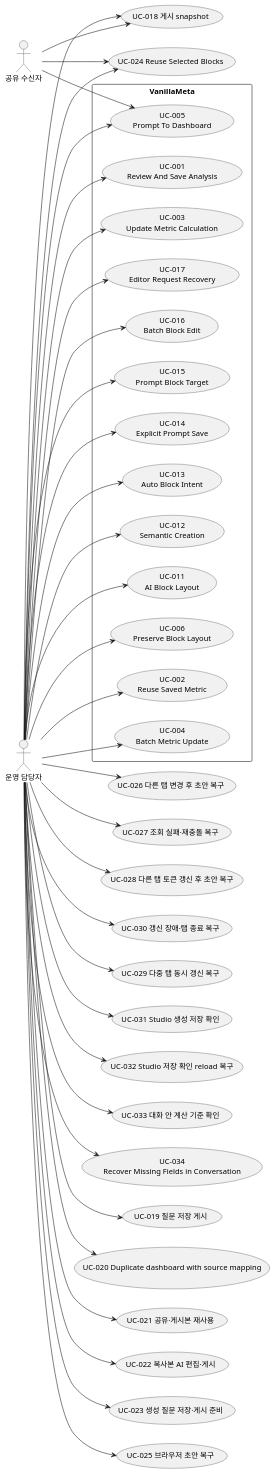
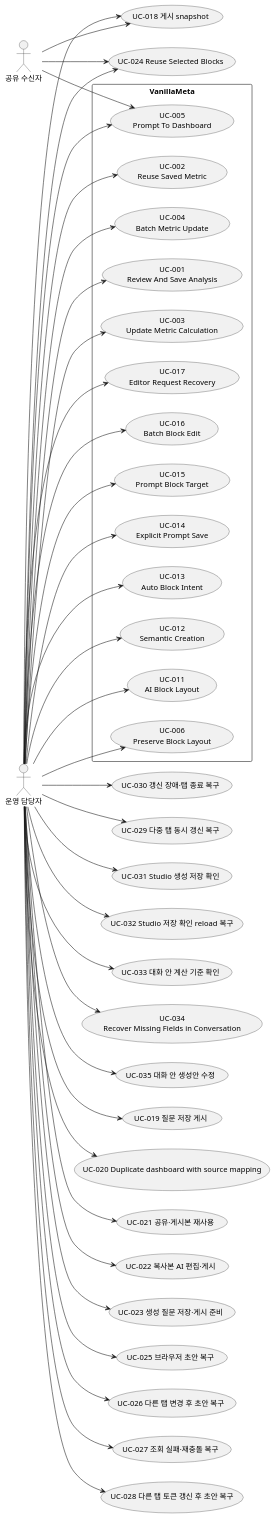
The diagram in docs/use_cases.puml (vanillabrain/vanillameta), drawn with PlantUML before and after one commit. The commit also changed 16 other files, not shown here.

```diff
--- a/docs/use_cases.puml
+++ b/docs/use_cases.puml
@@ -1,70 +1,72 @@
 @startuml
 left to right direction
 actor "운영 담당자" as operator
 rectangle "VanillaMeta" {
  usecase "UC-017\nEditor Request Recovery" as UC017
  usecase "UC-016\nBatch Block Edit" as UC016
  usecase "UC-015\nPrompt Block Target" as UC015
  usecase "UC-014\nExplicit Prompt Save" as UC014
  usecase "UC-013\nAuto Block Intent" as UC013
  usecase "UC-012\nSemantic Creation" as UC012
  usecase "UC-011\nAI Block Layout" as UC011
  usecase "UC-006\nPreserve Block Layout" as UC006
  usecase "UC-005\nPrompt To Dashboard" as UC005
  usecase "UC-004\nBatch Metric Update" as UC004
  usecase "UC-001\nReview And Save Analysis" as UC001
  usecase "UC-003\nUpdate Metric Calculation" as UC003
  usecase "UC-002\nReuse Saved Metric" as UC002
 }
 operator --> UC015
 operator --> UC014
 operator --> UC013
 operator --> UC012
 operator --> UC011
 operator --> UC006
 operator --> UC005
 actor "공유 수신자" as recipient
 recipient --> UC005
 operator --> UC004
 operator --> UC003
 operator --> UC002
 operator --> UC001
 operator --> UC016
 operator --> UC017
 usecase "UC-018 게시 snapshot" as UC018
 operator --> UC018
 recipient --> UC018
 usecase "UC-019 질문 저장 게시" as UC019
 operator --> UC019
 usecase "UC-020 Duplicate dashboard with source mapping" as UC020
 operator --> UC020
 usecase "UC-021 공유·게시본 재사용" as UC021
 operator --> UC021
 usecase "UC-022 복사본 AI 편집·게시" as UC022
 operator --> UC022
 usecase "UC-023 생성 질문 저장·게시 준비" as UC023
 operator --> UC023
 usecase "UC-024 Reuse Selected Blocks" as UC024
 operator --> UC024
 recipient --> UC024
 usecase "UC-025 브라우저 초안 복구" as UC025
 operator --> UC025
 usecase "UC-026 다른 탭 변경 후 초안 복구" as UC026
 operator --> UC026
 usecase "UC-027 조회 실패·재충돌 복구" as UC027
 operator --> UC027
 usecase "UC-028 다른 탭 토큰 갱신 후 초안 복구" as UC028
 operator --> UC028
 usecase "UC-030 갱신 장애·탭 종료 복구" as UC030
 usecase "UC-029 다중 탭 동시 갱신 복구" as UC029
 operator --> UC029
 operator --> UC030
 usecase "UC-031 Studio 생성 저장 확인" as UC031
 operator --> UC031
 usecase "UC-032 Studio 저장 확인 reload 복구" as UC032
 operator --> UC032
 usecase "UC-033 대화 안 계산 기준 확인" as UC033
   usecase "UC-034\nRecover Missing Fields in Conversation" as UC034
+usecase "UC-035 대화 안 생성안 수정" as UC035
 operator --> UC033
 operator --> UC034
+operator --> UC035
 @enduml
```
